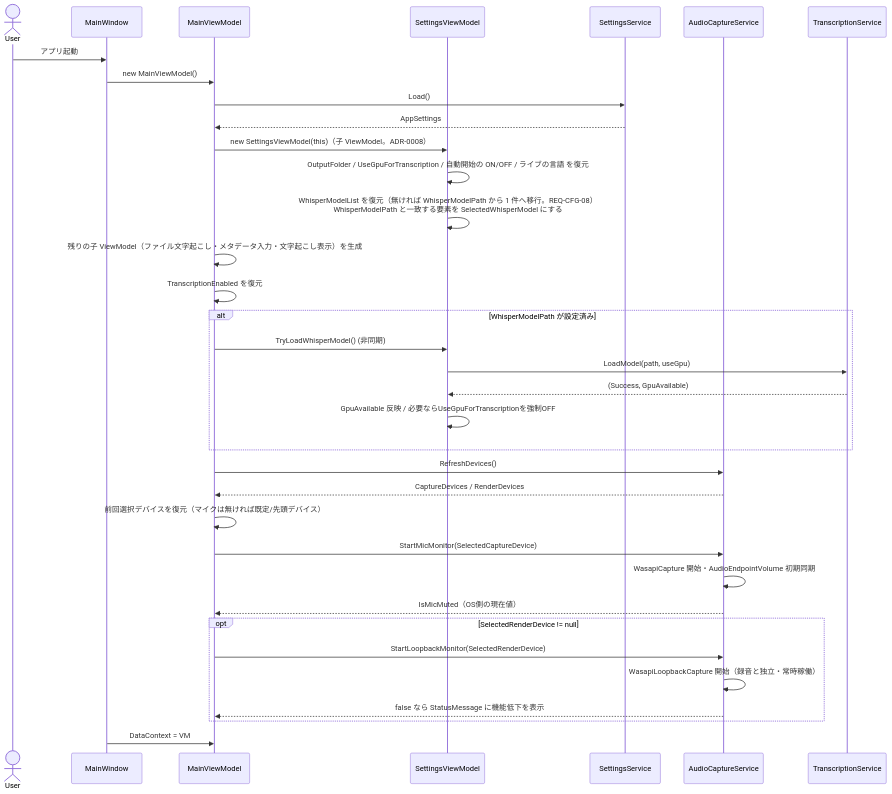
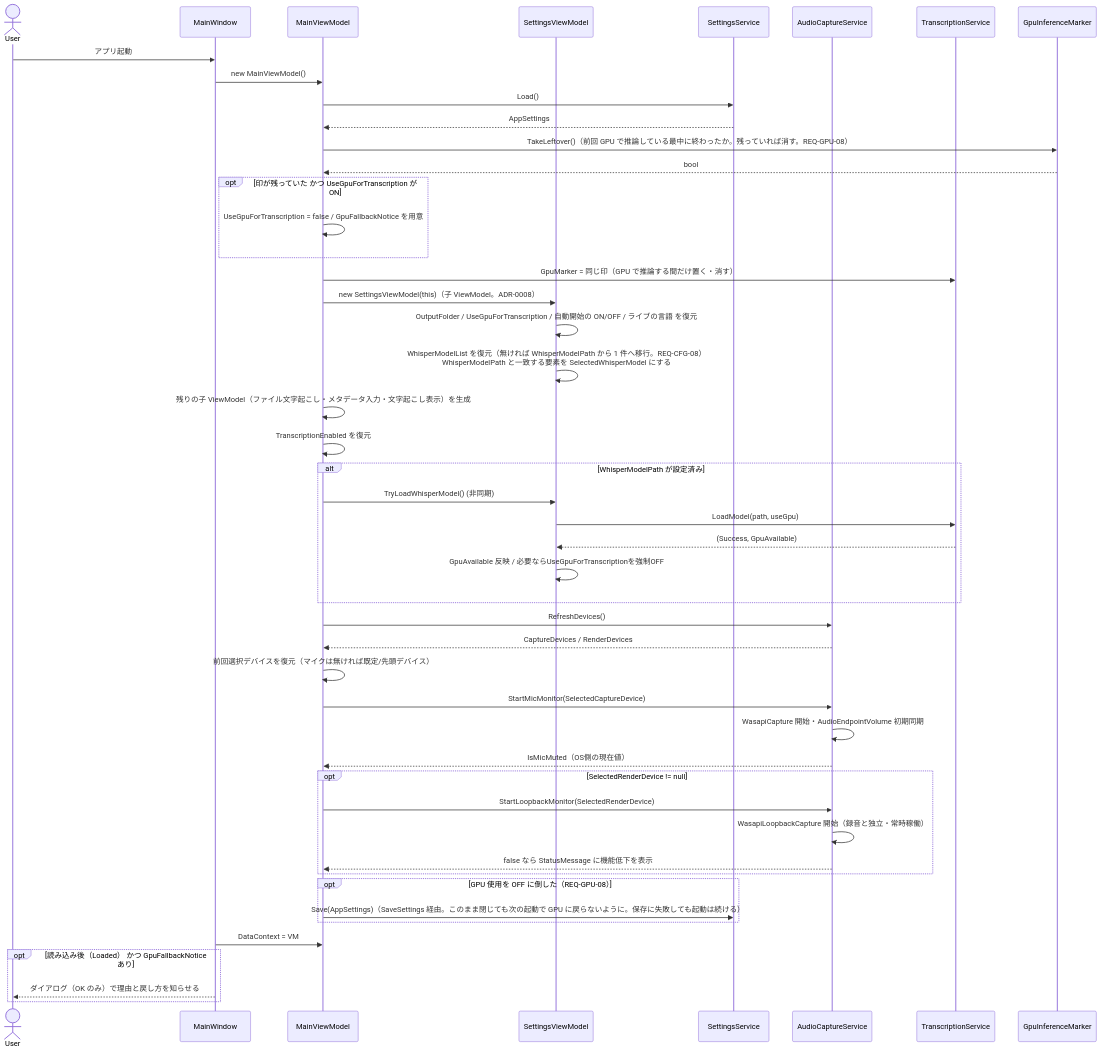
The first of 9 diagrams in docs/spec/04_sequence_diagram.md (otomac/audio-capture-app), drawn with Mermaid before and after one commit. The commit also changed other lines of this file and 16 other files, not shown here.

````diff
--- a/docs/spec/04_sequence_diagram.md
+++ b/docs/spec/04_sequence_diagram.md
@@ -7,42 +7,56 @@
 ```mermaid
 sequenceDiagram
     actor User
     participant MW as MainWindow
     participant VM as MainViewModel
     participant SVM as SettingsViewModel
     participant SS as SettingsService
     participant ACS as AudioCaptureService
     participant TS as TranscriptionService
+    participant GM as GpuInferenceMarker
 
     User->>MW: アプリ起動
     MW->>VM: new MainViewModel()
     VM->>SS: Load()
     SS-->>VM: AppSettings
+    VM->>GM: TakeLeftover()（前回 GPU で推論している最中に終わったか。残っていれば消す。REQ-GPU-08）
+    GM-->>VM: bool
+    opt 印が残っていた かつ UseGpuForTranscription が ON
+        VM->>VM: UseGpuForTranscription = false / GpuFallbackNotice を用意
+    end
+    VM->>TS: GpuMarker = 同じ印（GPU で推論する間だけ置く・消す）
     VM->>SVM: new SettingsViewModel(this)（子 ViewModel。ADR-0008）
     SVM->>SVM: OutputFolder / UseGpuForTranscription / 自動開始の ON/OFF / ライブの言語 を復元
     SVM->>SVM: WhisperModelList を復元（無ければ WhisperModelPath から 1 件へ移行。REQ-CFG-08）<br/>WhisperModelPath と一致する要素を SelectedWhisperModel にする
     VM->>VM: 残りの子 ViewModel（ファイル文字起こし・メタデータ入力・文字起こし表示）を生成
     VM->>VM: TranscriptionEnabled を復元
 
     alt WhisperModelPath が設定済み
         VM->>SVM: TryLoadWhisperModel() (非同期)
         SVM->>TS: LoadModel(path, useGpu)
         TS-->>SVM: (Success, GpuAvailable)
         SVM->>SVM: GpuAvailable 反映 / 必要ならUseGpuForTranscriptionを強制OFF
     end
 
     VM->>ACS: RefreshDevices()
     ACS-->>VM: CaptureDevices / RenderDevices
     VM->>VM: 前回選択デバイスを復元（マイクは無ければ既定/先頭デバイス）
     VM->>ACS: StartMicMonitor(SelectedCaptureDevice)
     ACS->>ACS: WasapiCapture 開始・AudioEndpointVolume 初期同期
     ACS-->>VM: IsMicMuted（OS側の現在値）
 
     opt SelectedRenderDevice != null
         VM->>ACS: StartLoopbackMonitor(SelectedRenderDevice)
         ACS->>ACS: WasapiLoopbackCapture 開始（録音と独立・常時稼働）
         ACS-->>VM: false なら StatusMessage に機能低下を表示
     end
 
+    opt GPU 使用を OFF に倒した（REQ-GPU-08）
+        VM->>SS: Save(AppSettings)（SaveSettings 経由。このまま閉じても次の起動で GPU に戻らないように。保存に失敗しても起動は続ける）
+    end
+
     MW->>VM: DataContext = VM
+    opt 読み込み後（Loaded） かつ GpuFallbackNotice あり
+        MW-->>User: ダイアログ（OK のみ）で理由と戻し方を知らせる
+    end
 ```
````
